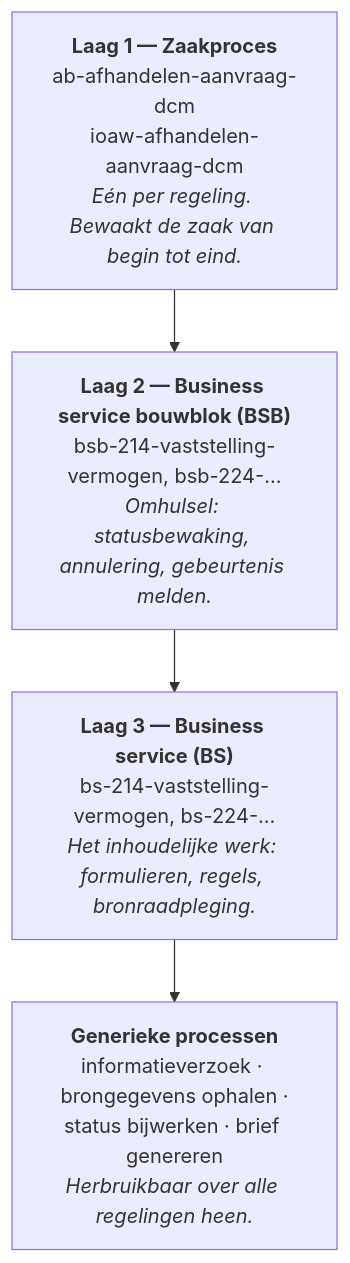
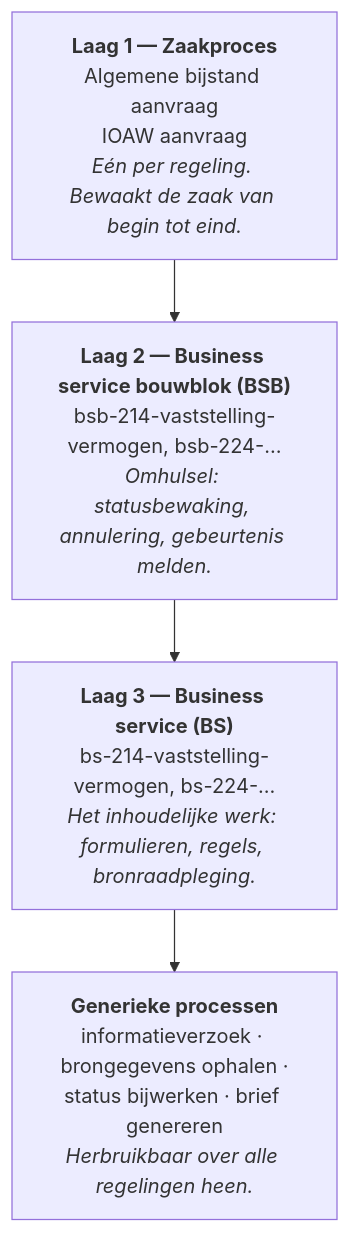
The second of 3 diagrams in overzicht/architectuur.md (generiekzaakafhandelcomponent/mijn-inkomen-documentatie), drawn with Mermaid before and after one commit. The commit also changed 7 other files, not shown here.

````diff
--- a/overzicht/architectuur.md
+++ b/overzicht/architectuur.md
@@ -93,9 +93,9 @@
 ```mermaid
 flowchart TD
-    A["<b>Laag 1 — Zaakproces</b><br/>ab-afhandelen-aanvraag-dcm<br/>ioaw-afhandelen-aanvraag-dcm<br/><i>Eén per regeling. Bewaakt de zaak van begin tot eind.</i>"]
+    A["<b>Laag 1 — Zaakproces</b><br/>Algemene bijstand aanvraag<br/>IOAW aanvraag<br/><i>Eén per regeling. Bewaakt de zaak van begin tot eind.</i>"]
     B["<b>Laag 2 — Business service bouwblok (BSB)</b><br/>bsb-214-vaststelling-vermogen, bsb-224-…<br/><i>Omhulsel: statusbewaking, annulering, gebeurtenis melden.</i>"]
     C["<b>Laag 3 — Business service (BS)</b><br/>bs-214-vaststelling-vermogen, bs-224-…<br/><i>Het inhoudelijke werk: formulieren, regels, bronraadpleging.</i>"]
     D["<b>Generieke processen</b><br/>informatieverzoek · brongegevens ophalen ·<br/>status bijwerken · brief genereren<br/><i>Herbruikbaar over alle regelingen heen.</i>"]
 
     A --> B --> C --> D
 ```
````
